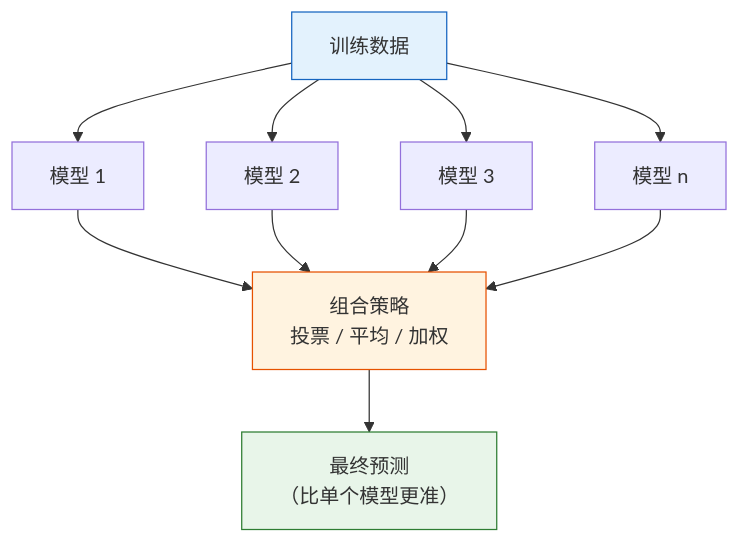
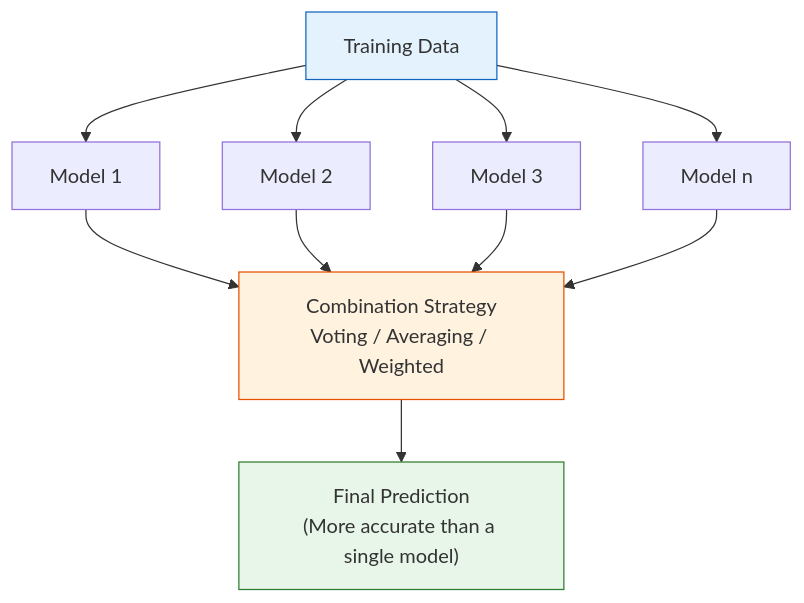
Before and after one commit to oudbiao/AI-fullstack-course: the first of 5 diagrams in docs/ch05-machine-learning/ch02-supervised/04-ensemble-learning.md, drawn with Mermaid. The commit also changed other lines of this file and 1406 other files, not shown here.

````diff
--- a/docs/ch05-machine-learning/ch02-supervised/04-ensemble-learning.md
+++ b/docs/ch05-machine-learning/ch02-supervised/04-ensemble-learning.md
@@ -67,16 +67,16 @@
 ```mermaid
 flowchart TD
-    D["训练数据"] --> M1["模型 1"]
-    D --> M2["模型 2"]
-    D --> M3["模型 3"]
-    D --> Mn["模型 n"]
-    M1 --> V["组合策略<br/>投票 / 平均 / 加权"]
+    D["Training Data"] --> M1["Model 1"]
+    D --> M2["Model 2"]
+    D --> M3["Model 3"]
+    D --> Mn["Model n"]
+    M1 --> V["Combination Strategy<br/>Voting / Averaging / Weighted"]
     M2 --> V
     M3 --> V
     Mn --> V
-    V --> R["最终预测<br/>（比单个模型更准）"]
+    V --> R["Final Prediction<br/>(More accurate than a single model)"]
 
     style D fill:#e3f2fd,stroke:#1565c0,color:#333
     style V fill:#fff3e0,stroke:#e65100,color:#333
     style R fill:#e8f5e9,stroke:#2e7d32,color:#333
 ```
````
